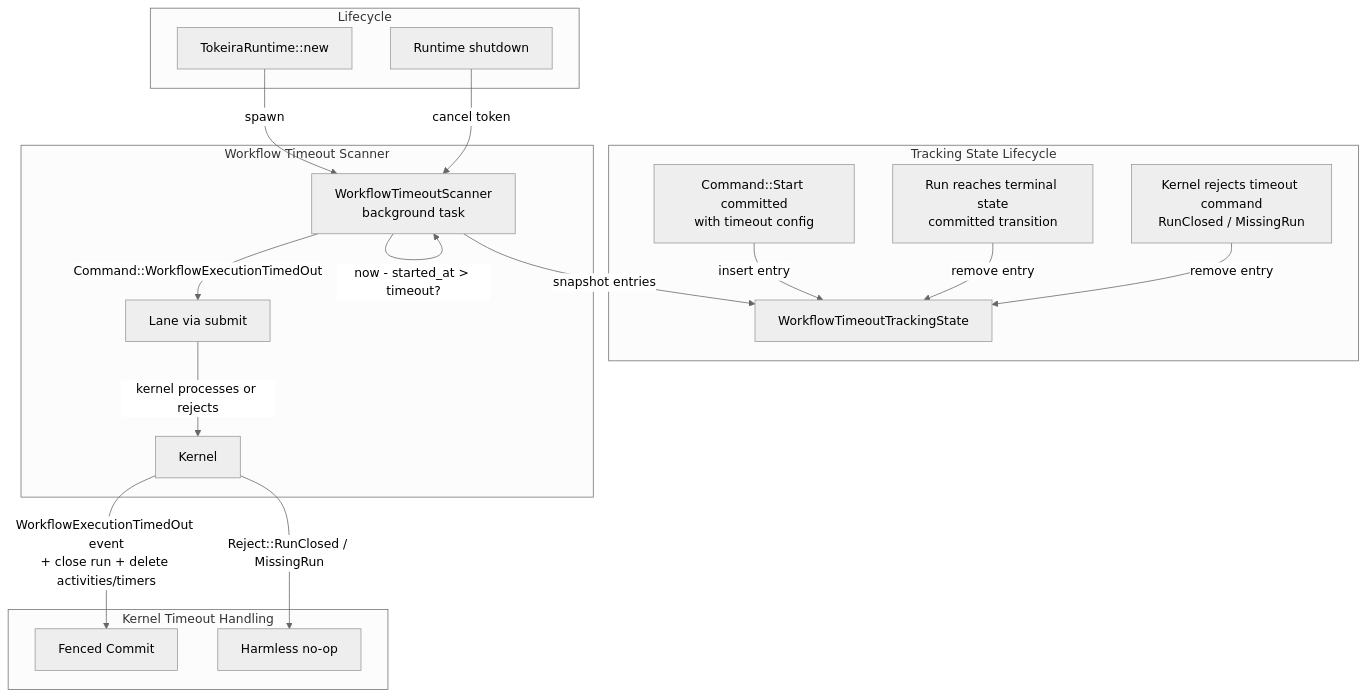
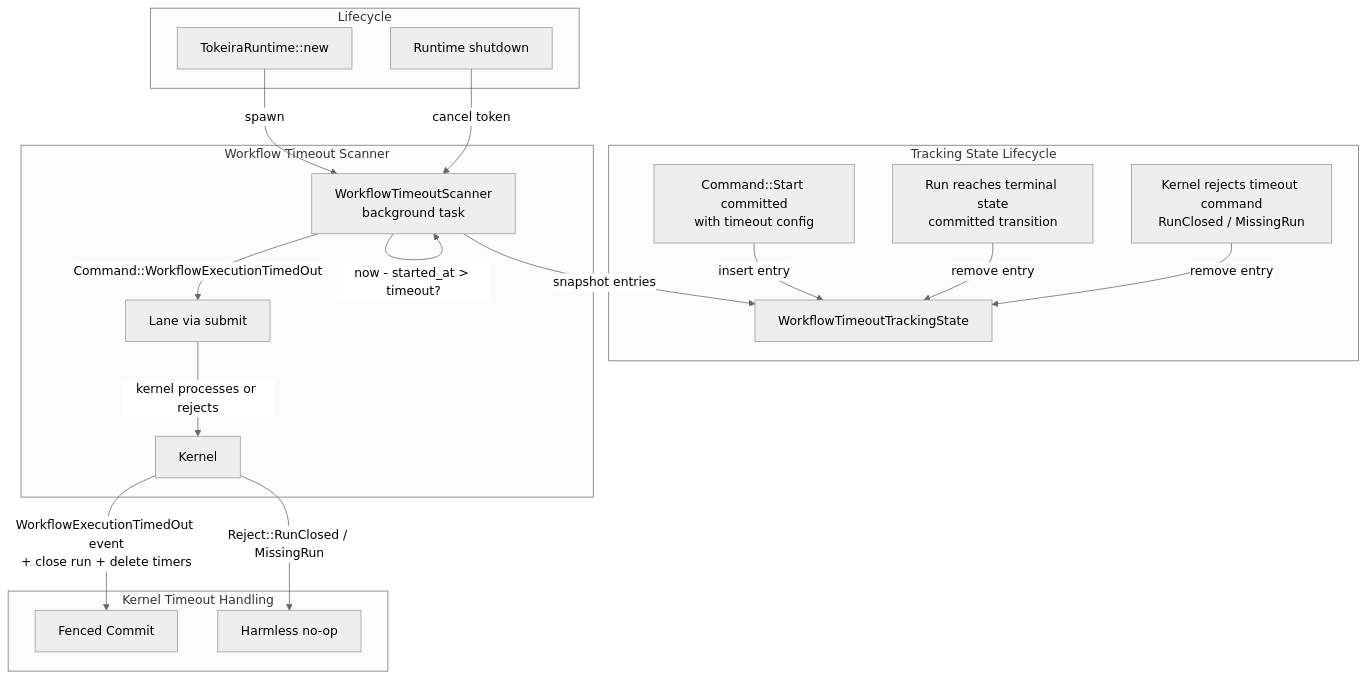
Before and after one commit to tokeira/tokeira: the diagram in .kiro/specs/runtime-workflow-timeouts/design.md, drawn with Mermaid (neutral theme). The commit also changed 15 other files, not shown here.

First line of the commit message:
spec(kernel): forced closes keep a run's pending activities

````diff
--- a/.kiro/specs/runtime-workflow-timeouts/design.md
+++ b/.kiro/specs/runtime-workflow-timeouts/design.md
@@ -22,25 +22,25 @@
 ```mermaid
 flowchart TD
     subgraph "Tracking State Lifecycle"
         START[Command::Start committed<br/>with timeout config] -->|insert entry| WTS[WorkflowTimeoutTrackingState]
         CLOSE[Run reaches terminal state<br/>committed transition] -->|remove entry| WTS
         REJECT[Kernel rejects timeout command<br/>RunClosed / MissingRun] -->|remove entry| WTS
     end
 
     subgraph "Workflow Timeout Scanner"
         SCANNER[WorkflowTimeoutScanner<br/>background task] -->|snapshot entries| WTS
         SCANNER -->|now - started_at > timeout?| SCANNER
         SCANNER -->|Command::WorkflowExecutionTimedOut| LANE[Lane via submit]
         LANE -->|kernel processes or rejects| KERNEL[Kernel]
     end
 
     subgraph "Kernel Timeout Handling"
-        KERNEL -->|WorkflowExecutionTimedOut event<br/>+ close run + delete activities/timers| COMMIT[Fenced Commit]
+        KERNEL -->|WorkflowExecutionTimedOut event<br/>+ close run + delete timers| COMMIT[Fenced Commit]
         KERNEL -->|Reject::RunClosed / MissingRun| HARMLESS[Harmless no-op]
     end
 
     subgraph "Lifecycle"
         RUNTIME_NEW[TokeiraRuntime::new] -->|spawn| SCANNER
         RUNTIME_DROP[Runtime shutdown] -->|cancel token| SCANNER
     end
 ```
````
